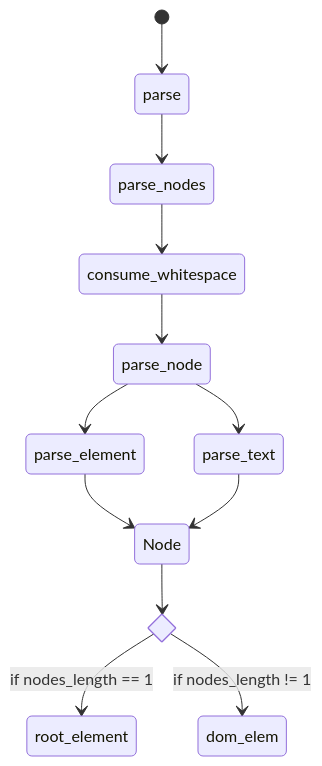
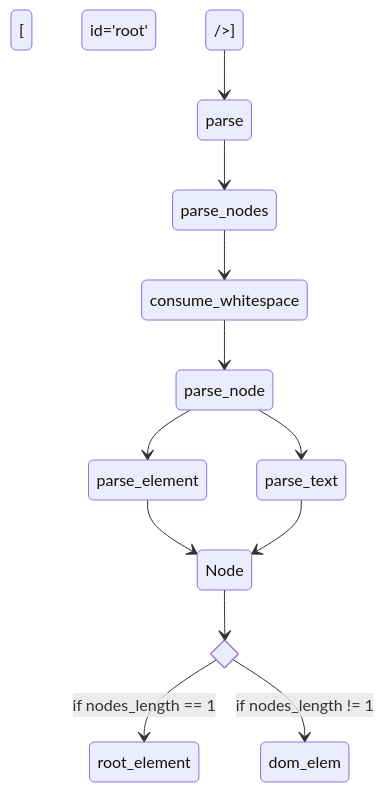
The diagram in README.md (nakayan5/lets-build-a-browser-engine), drawn with Mermaid before and after one commit.

````diff
--- a/README.md
+++ b/README.md
@@ -9,22 +9,22 @@
 ```mermaid
 stateDiagram-v2
 state nodes_length <<choice>>
 
 
-[*] --> parse
+[<html><div id="root" /><html/>] --> parse
 parse --> parse_nodes
 
 parse_nodes --> consume_whitespace
 consume_whitespace --> parse_node
 
 parse_node --> parse_element
 parse_node --> parse_text
 
 parse_element　--> Node
 parse_text --> Node
 
 Node --> nodes_length
 nodes_length --> root_element: if nodes_length == 1
 nodes_length --> dom_elem : if nodes_length != 1
 
 ```
````
